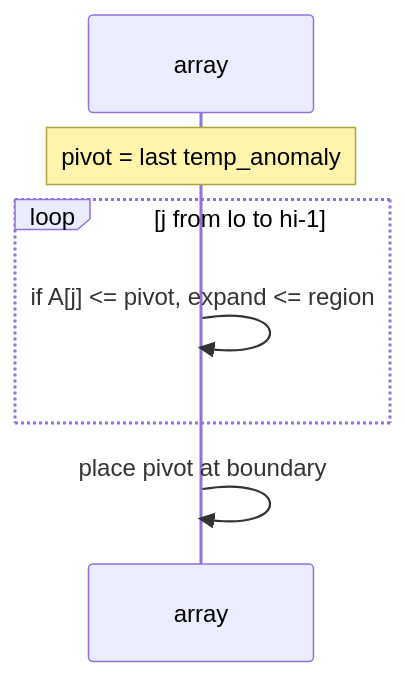
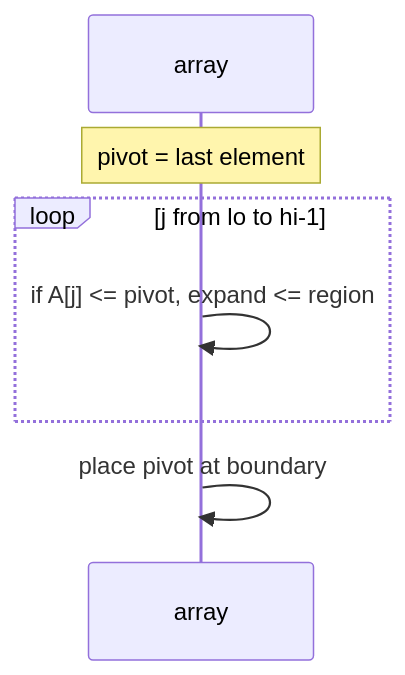
One commit to qgjones9/python-programming-guide changed the second of 2 diagrams in docs/dsa/algorithms/quicksort/index.md. Above: the diagram before and after it, drawn with Mermaid. The commit also changed other lines of this file and 31 other files, not shown here.

````diff
--- a/docs/dsa/algorithms/quicksort/index.md
+++ b/docs/dsa/algorithms/quicksort/index.md
@@ -53,9 +53,9 @@
 ```mermaid
 sequenceDiagram
-  participant A as array
-  Note over A: pivot = last temp_anomaly
-  loop j from lo to hi-1
-    A->>A: if A[j] <= pivot, expand <= region
-  end
-  A->>A: place pivot at boundary
+ participant A as array
+ Note over A: pivot = last element
+ loop j from lo to hi-1
+ A->>A: if A[j] <= pivot, expand <= region
+ end
+ A->>A: place pivot at boundary
 ```
````
